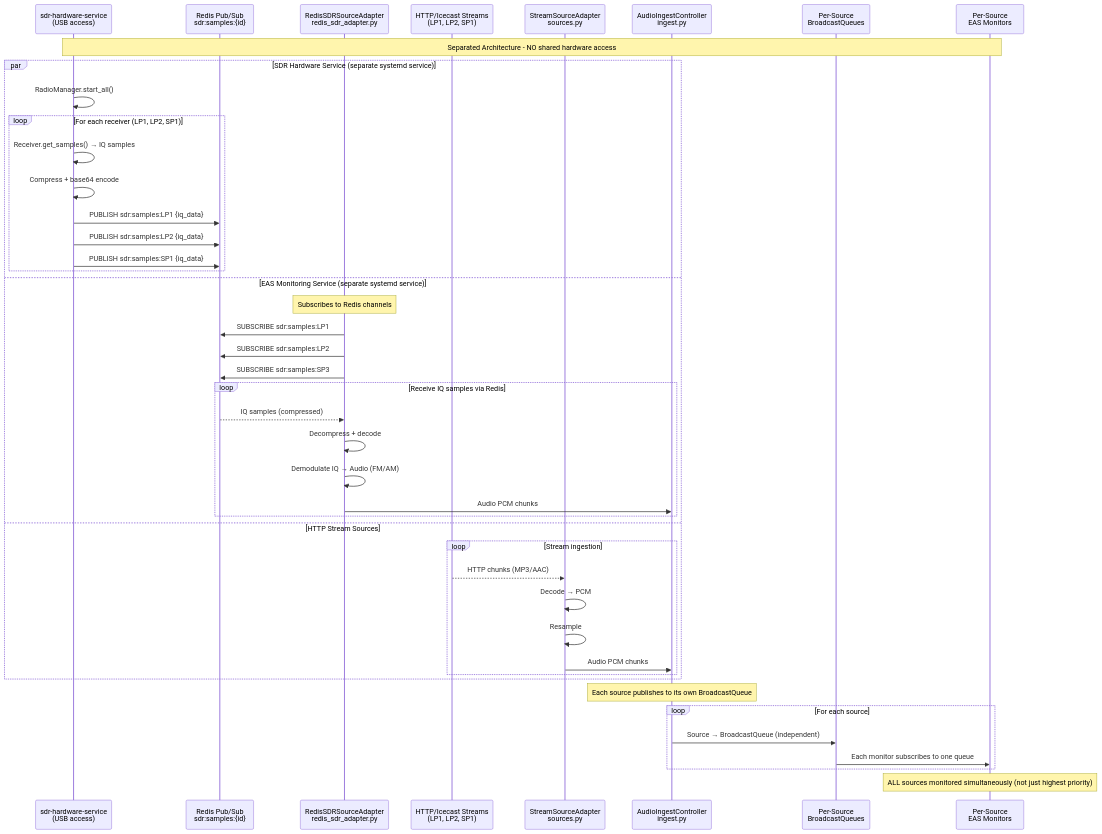
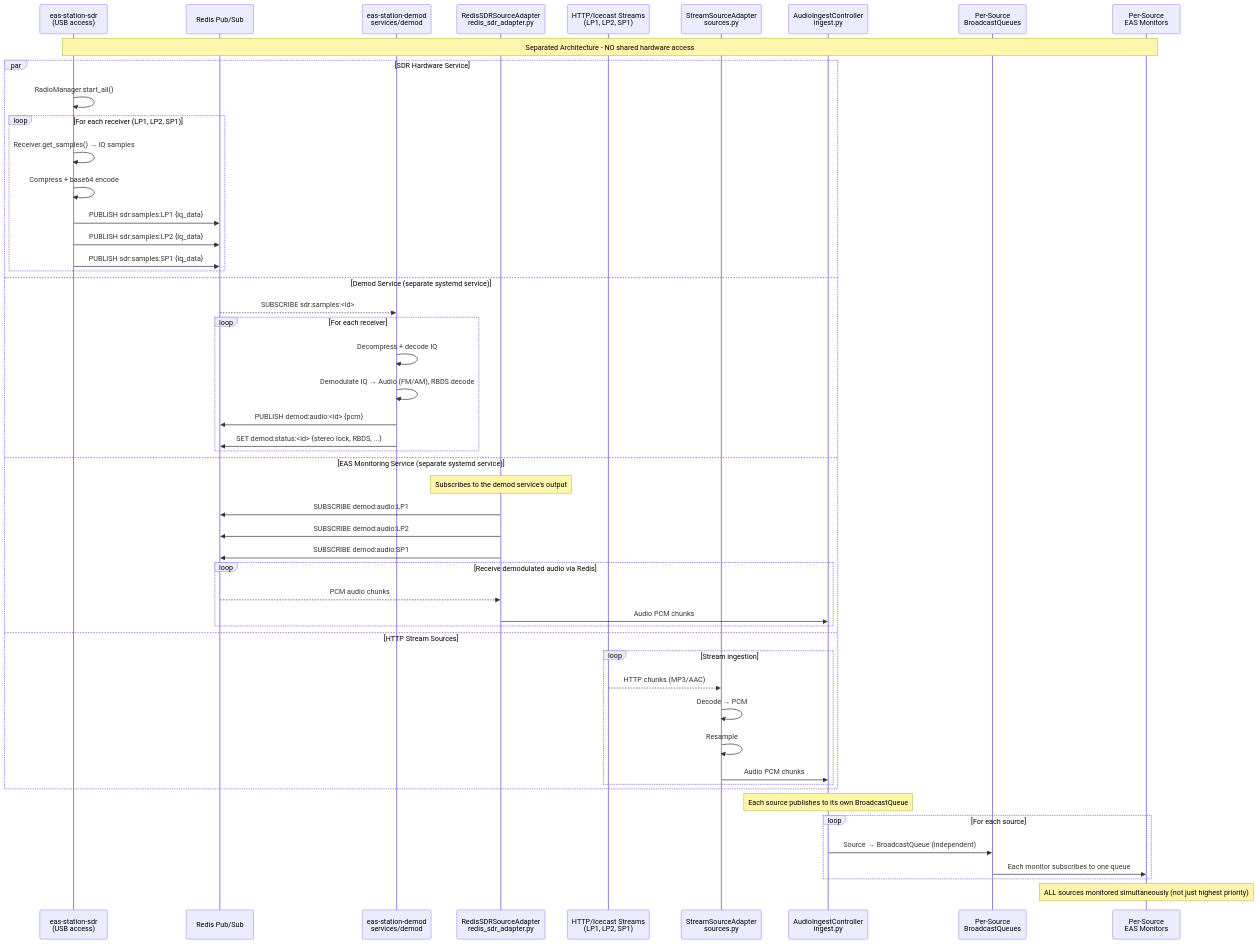
The third of 7 diagrams in docs/architecture/DATA_FLOW_SEQUENCES.md (KR8MER/eas-station), drawn with Mermaid before and after one commit. The commit also changed other lines of this file and 43 other files, not shown here.

````diff
--- a/docs/architecture/DATA_FLOW_SEQUENCES.md
+++ b/docs/architecture/DATA_FLOW_SEQUENCES.md
@@ -230,52 +225,59 @@
 ```mermaid
 sequenceDiagram
-    participant SDR_HW as sdr-hardware-service<br>(USB access)
-    participant Redis as Redis Pub/Sub<br>sdr:samples:{id}
+    participant SDR_HW as eas-station-sdr<br>(USB access)
+    participant Redis as Redis Pub/Sub
+    participant Demod as eas-station-demod<br>services/demod
     participant RedisAdapter as RedisSDRSourceAdapter<br>redis_sdr_adapter.py
     participant Streams as HTTP/Icecast Streams<br>(LP1, LP2, SP1)
     participant StreamAdapter as StreamSourceAdapter<br>sources.py
     participant Controller as AudioIngestController<br>ingest.py
     participant BroadcastQ as Per-Source<br>BroadcastQueues
     participant EAS_Mon as Per-Source<br>EAS Monitors
 
     Note over SDR_HW,EAS_Mon: Separated Architecture - NO shared hardware access
 
-    par SDR Hardware Service (separate systemd service)
+    par SDR Hardware Service
         SDR_HW->>SDR_HW: RadioManager.start_all()
         loop For each receiver (LP1, LP2, SP1)
             SDR_HW->>SDR_HW: Receiver.get_samples() → IQ samples
             SDR_HW->>SDR_HW: Compress + base64 encode
             SDR_HW->>Redis: PUBLISH sdr:samples:LP1 {iq_data}
             SDR_HW->>Redis: PUBLISH sdr:samples:LP2 {iq_data}
             SDR_HW->>Redis: PUBLISH sdr:samples:SP1 {iq_data}
         end
+    and Demod Service (separate systemd service)
+        Redis-->>Demod: SUBSCRIBE sdr:samples:<id>
+        loop For each receiver
+            Demod->>Demod: Decompress + decode IQ
+            Demod->>Demod: Demodulate IQ → Audio (FM/AM), RBDS decode
+            Demod->>Redis: PUBLISH demod:audio:<id> {pcm}
+            Demod->>Redis: SET demod:status:<id> {stereo lock, RBDS, ...}
+        end
     and EAS Monitoring Service (separate systemd service)
-        Note over RedisAdapter: Subscribes to Redis channels
-        RedisAdapter->>Redis: SUBSCRIBE sdr:samples:LP1
-        RedisAdapter->>Redis: SUBSCRIBE sdr:samples:LP2
-        RedisAdapter->>Redis: SUBSCRIBE sdr:samples:SP3
-        
-        loop Receive IQ samples via Redis
-            Redis-->>RedisAdapter: IQ samples (compressed)
-            RedisAdapter->>RedisAdapter: Decompress + decode
-            RedisAdapter->>RedisAdapter: Demodulate IQ → Audio (FM/AM)
+        Note over RedisAdapter: Subscribes to the demod service's output
+        RedisAdapter->>Redis: SUBSCRIBE demod:audio:LP1
+        RedisAdapter->>Redis: SUBSCRIBE demod:audio:LP2
+        RedisAdapter->>Redis: SUBSCRIBE demod:audio:SP1
+
+        loop Receive demodulated audio via Redis
+            Redis-->>RedisAdapter: PCM audio chunks
             RedisAdapter->>Controller: Audio PCM chunks
         end
     and HTTP Stream Sources
         loop Stream ingestion
             Streams-->>StreamAdapter: HTTP chunks (MP3/AAC)
             StreamAdapter->>StreamAdapter: Decode → PCM
             StreamAdapter->>StreamAdapter: Resample
             StreamAdapter->>Controller: Audio PCM chunks
         end
     end
 
     Note over Controller: Each source publishes to its own BroadcastQueue
     
     loop For each source
         Controller->>BroadcastQ: Source → BroadcastQueue (independent)
         BroadcastQ->>EAS_Mon: Each monitor subscribes to one queue
     end
     
     Note over EAS_Mon: ALL sources monitored simultaneously (not just highest priority)
 ```
````
